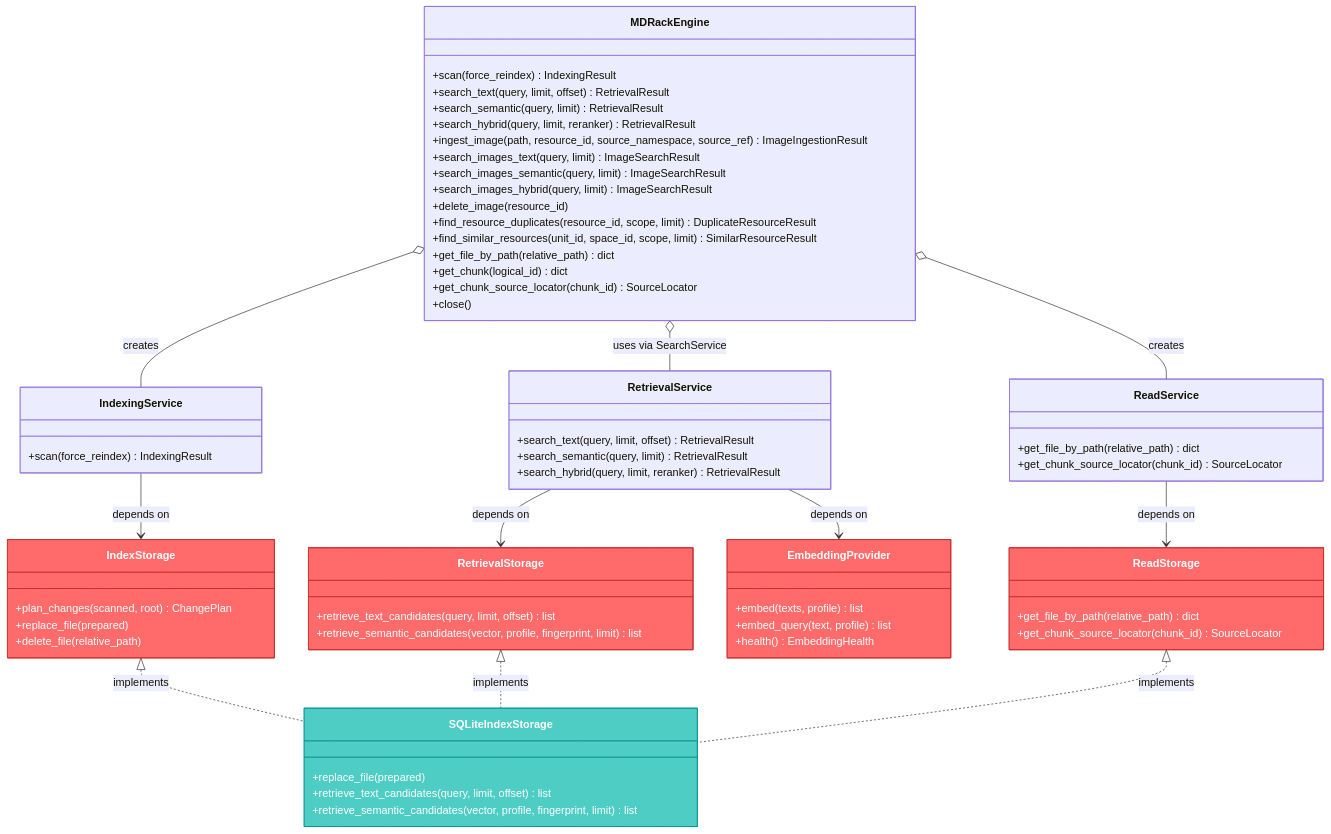
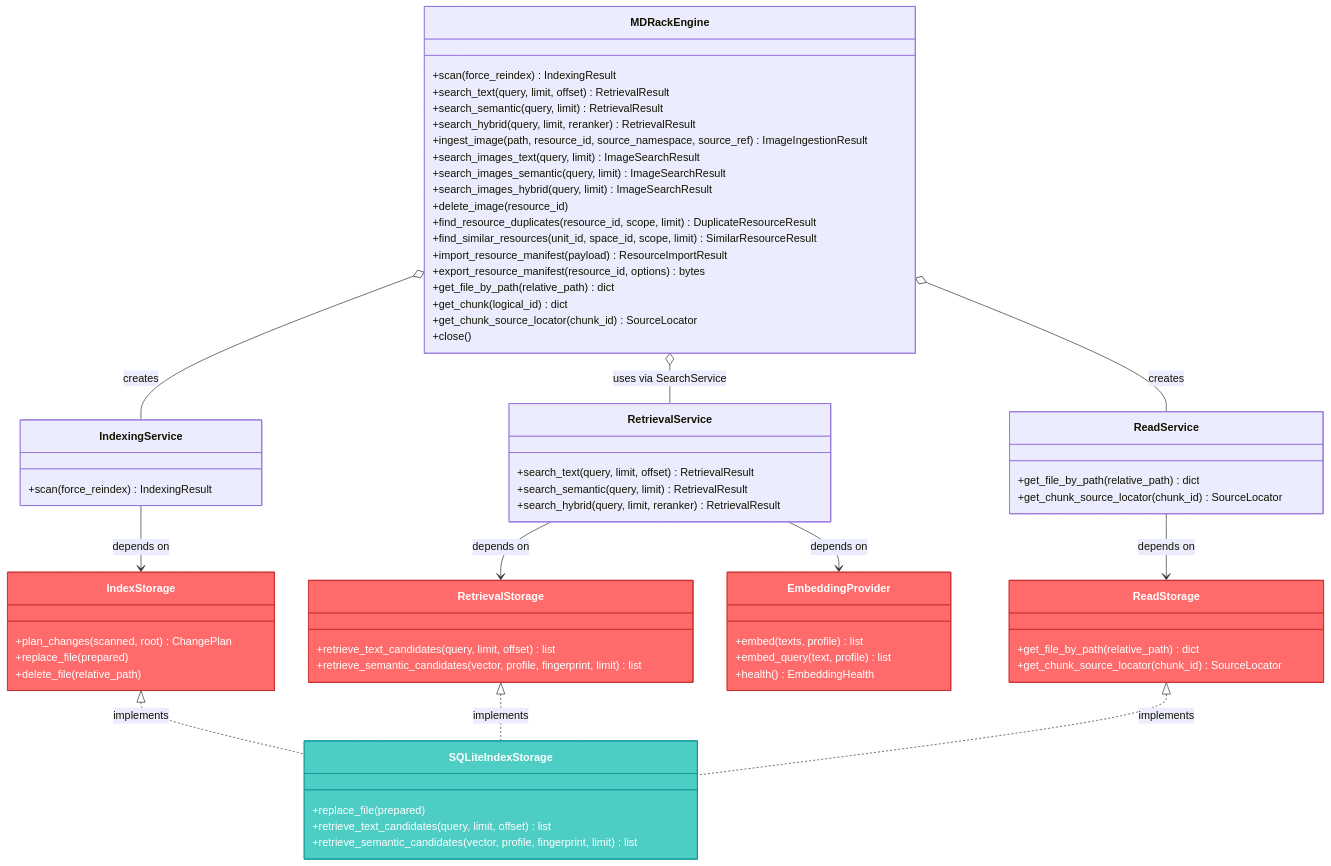
One commit to VladimirMonin/MDRack changed the diagram in docs/current-architecture/public-interfaces.md. Above: the diagram before and after it, drawn with Mermaid. The commit also changed other lines of this file and 10 other files, not shown here.

Commit message:
feat(manifest): add prepared-resource export

````diff
--- a/docs/current-architecture/public-interfaces.md
+++ b/docs/current-architecture/public-interfaces.md
@@ -9,80 +9,82 @@
 ```mermaid
 classDiagram
     class MDRackEngine {
         +scan(force_reindex) IndexingResult
         +search_text(query, limit, offset) RetrievalResult
         +search_semantic(query, limit) RetrievalResult
         +search_hybrid(query, limit, reranker) RetrievalResult
         +ingest_image(path, resource_id, source_namespace, source_ref) ImageIngestionResult
         +search_images_text(query, limit) ImageSearchResult
         +search_images_semantic(query, limit) ImageSearchResult
         +search_images_hybrid(query, limit) ImageSearchResult
         +delete_image(resource_id)
         +find_resource_duplicates(resource_id, scope, limit) DuplicateResourceResult
         +find_similar_resources(unit_id, space_id, scope, limit) SimilarResourceResult
+        +import_resource_manifest(payload) ResourceImportResult
+        +export_resource_manifest(resource_id, options) bytes
         +get_file_by_path(relative_path) dict
         +get_chunk(logical_id) dict
         +get_chunk_source_locator(chunk_id) SourceLocator
         +close()
     }
 
     class IndexingService {
         +scan(force_reindex) IndexingResult
     }
 
     class RetrievalService {
         +search_text(query, limit, offset) RetrievalResult
         +search_semantic(query, limit) RetrievalResult
         +search_hybrid(query, limit, reranker) RetrievalResult
     }
 
     class ReadService {
         +get_file_by_path(relative_path) dict
         +get_chunk_source_locator(chunk_id) SourceLocator
     }
 
     class IndexStorage {
         +plan_changes(scanned, root) ChangePlan
         +replace_file(prepared)
         +delete_file(relative_path)
     }
 
     class RetrievalStorage {
         +retrieve_text_candidates(query, limit, offset) list
         +retrieve_semantic_candidates(vector, profile, fingerprint, limit) list
     }
 
     class ReadStorage {
         +get_file_by_path(relative_path) dict
         +get_chunk_source_locator(chunk_id) SourceLocator
     }
 
     class EmbeddingProvider {
         +embed(texts, profile) list
         +embed_query(text, profile) list
         +health() EmbeddingHealth
     }
 
     class SQLiteIndexStorage {
         +replace_file(prepared)
         +retrieve_text_candidates(query, limit, offset) list
         +retrieve_semantic_candidates(vector, profile, fingerprint, limit) list
     }
 
     MDRackEngine o-- IndexingService : creates
     MDRackEngine o-- RetrievalService : uses via SearchService
     MDRackEngine o-- ReadService : creates
     IndexingService --> IndexStorage : depends on
     RetrievalService --> RetrievalStorage : depends on
     RetrievalService --> EmbeddingProvider : depends on
     ReadService --> ReadStorage : depends on
     IndexStorage <|.. SQLiteIndexStorage : implements
     RetrievalStorage <|.. SQLiteIndexStorage : implements
     ReadStorage <|.. SQLiteIndexStorage : implements
 
     style IndexStorage fill:#ff6b6b,stroke:#c92a2a,color:#fff
     style RetrievalStorage fill:#ff6b6b,stroke:#c92a2a,color:#fff
     style ReadStorage fill:#ff6b6b,stroke:#c92a2a,color:#fff
     style EmbeddingProvider fill:#ff6b6b,stroke:#c92a2a,color:#fff
     style SQLiteIndexStorage fill:#4ecdc4,stroke:#0a9396,color:#fff
 ```
````
